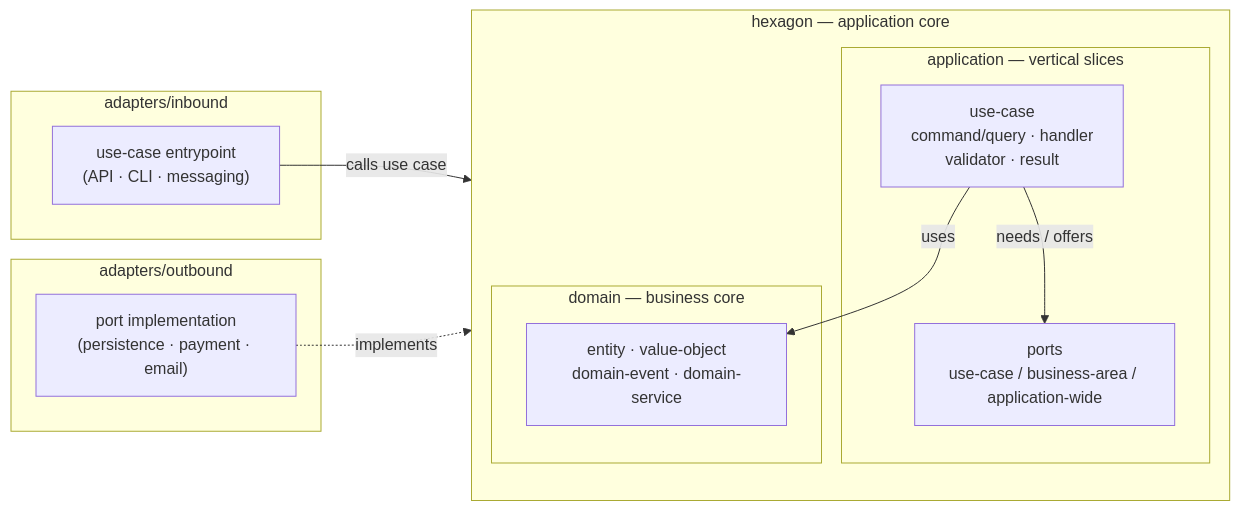
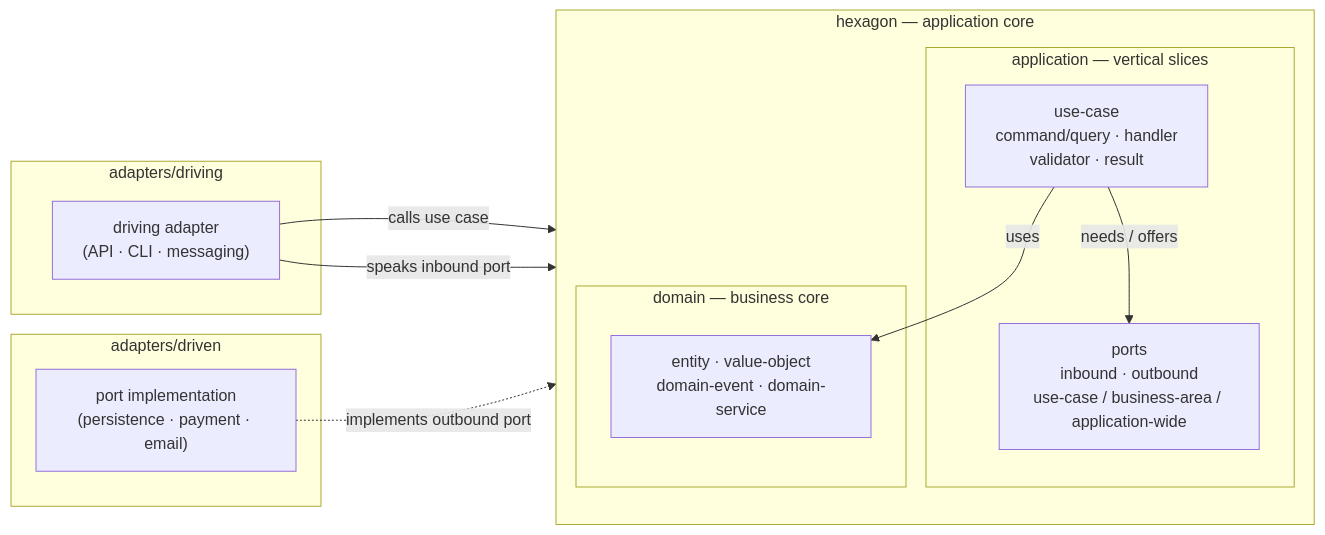
The diagram in docs/architecture/hexslice-architecture.md (pt9912/hexslice-architecture), drawn with Mermaid before and after one commit. The commit also changed other lines of this file and 29 other files, not shown here.

First line of the commit message:
refactor(lab): adopt driving/driven adapters and direction-split ports

````diff
--- a/docs/architecture/hexslice-architecture.md
+++ b/docs/architecture/hexslice-architecture.md
@@ -125,26 +150,27 @@
 ```mermaid
 flowchart LR
-    subgraph ADIN["adapters/inbound"]
-        UEP["use-case entrypoint<br/>(API · CLI · messaging)"]
+    subgraph ADIN["adapters/driving"]
+        UEP["driving adapter<br/>(API · CLI · messaging)"]
     end
 
     subgraph HEX["hexagon — application core"]
         direction TB
         subgraph APP["application — vertical slices"]
             UC["use-case<br/>command/query · handler<br/>validator · result"]
-            PORTS["ports<br/>use-case / business-area / application-wide"]
+            PORTS["ports<br/>inbound · outbound<br/>use-case / business-area / application-wide"]
         end
         subgraph DOM["domain — business core"]
             ENT["entity · value-object<br/>domain-event · domain-service"]
         end
     end
 
-    subgraph ADOUT["adapters/outbound"]
+    subgraph ADOUT["adapters/driven"]
         IMPL["port implementation<br/>(persistence · payment · email)"]
     end
 
     UEP -->|calls use case| UC
+    UEP -->|speaks inbound port| PORTS
     UC -->|uses| ENT
     UC -->|needs / offers| PORTS
-    IMPL -.->|implements| PORTS
+    IMPL -.->|implements outbound port| PORTS
 ```
````
